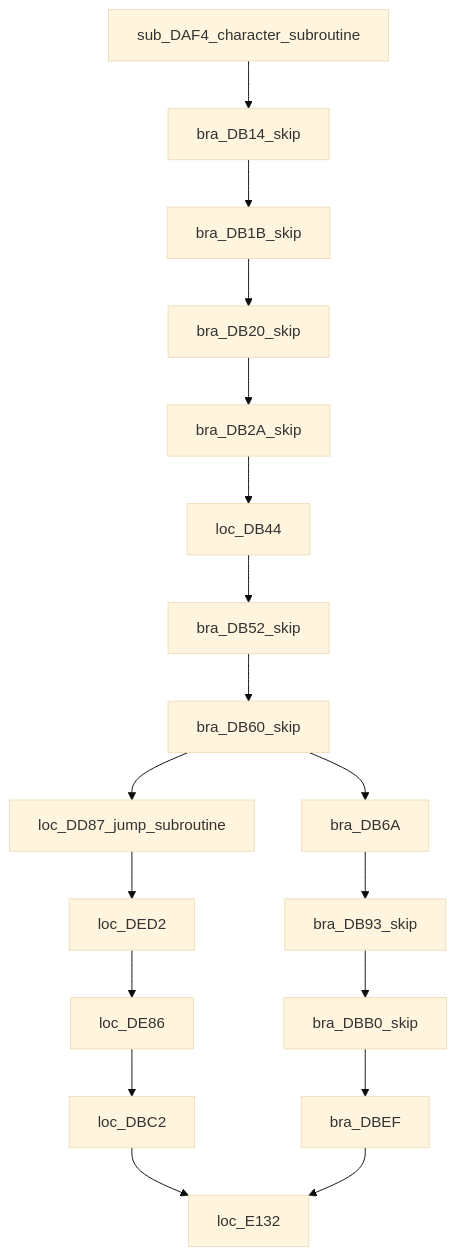
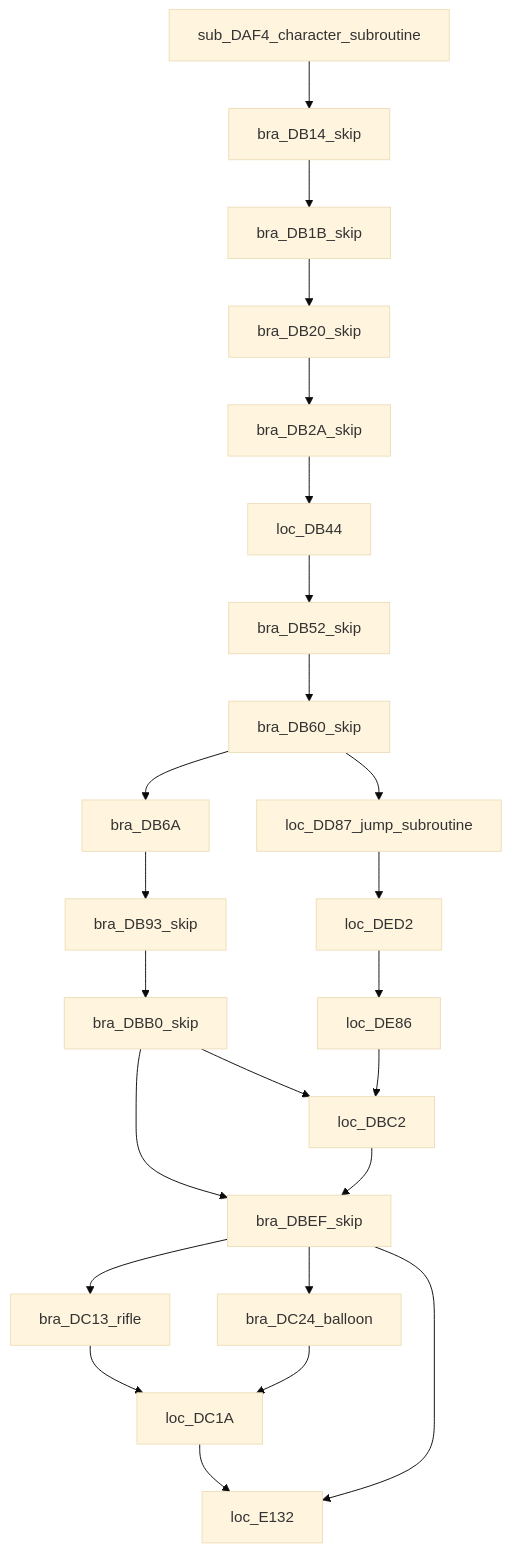
The diagram in diagrams/sub_DAF4_subroutine.mmd (PavelSha/Lupin-Sansei---Pandora-no-Isan), drawn with Mermaid (base theme) before and after one commit. The commit also changed 7 other files, not shown here.

```diff
--- a/diagrams/sub_DAF4_subroutine.mmd
+++ b/diagrams/sub_DAF4_subroutine.mmd
@@ -1,20 +1,26 @@
 %% This is a mermaid file (https://github.com/mermaid-js/mermaid)
 
 flowchart TD
     sub_DAF4_character_subroutine --> bra_DB14_skip
     bra_DB14_skip --> bra_DB1B_skip
     bra_DB1B_skip --> bra_DB20_skip
     bra_DB20_skip --> bra_DB2A_skip
     bra_DB2A_skip --> loc_DB44
     loc_DB44 --> bra_DB52_skip
     bra_DB52_skip --> bra_DB60_skip
     bra_DB60_skip --> bra_DB6A
     bra_DB60_skip --> loc_DD87_jump_subroutine
     loc_DD87_jump_subroutine --> loc_DED2
     loc_DED2 --> loc_DE86
     loc_DE86 --> loc_DBC2
     bra_DB6A --> bra_DB93_skip
     bra_DB93_skip --> bra_DBB0_skip
-    bra_DBB0_skip --> bra_DBEF
-    loc_DBC2 --> loc_E132
-    bra_DBEF --> loc_E132
+    bra_DBB0_skip --> bra_DBEF_skip
+    bra_DBB0_skip --> loc_DBC2
+    loc_DBC2 --> bra_DBEF_skip
+    bra_DBEF_skip --> bra_DC13_rifle
+    bra_DBEF_skip --> bra_DC24_balloon
+    bra_DC24_balloon --> loc_DC1A
+    bra_DBEF_skip --> loc_E132
+    bra_DC13_rifle --> loc_DC1A
+    loc_DC1A --> loc_E132
```
